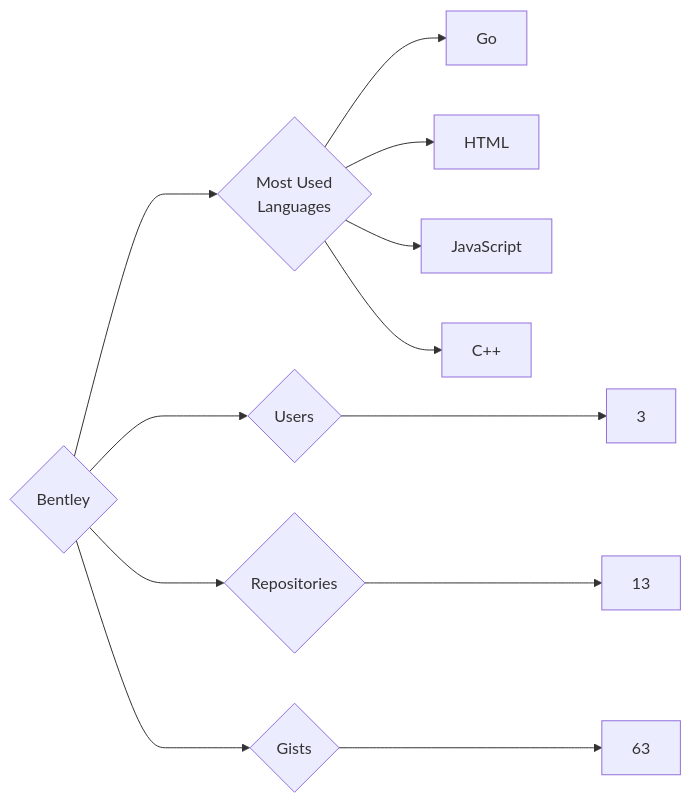
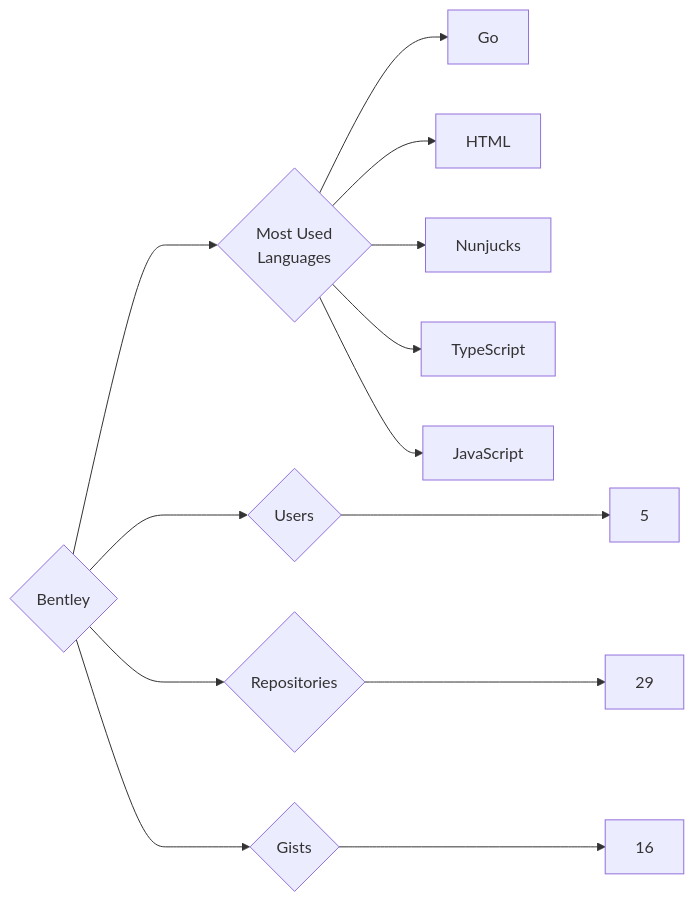
Before and after one commit to trickest/insiders: the diagram in targets/Bentley/README.md, drawn with Mermaid. The commit also changed 1020 other files, not shown here.

````diff
--- a/targets/Bentley/README.md
+++ b/targets/Bentley/README.md
@@ -3,12 +3,13 @@
 ```mermaid
 graph LR
 COMPANY_NAME{Bentley}
-COMPANY_NAME ---> U{Users} ---> UN[3]
-COMPANY_NAME ---> R{Repositories} ---> RN[13]
-COMPANY_NAME ---> G{Gists} ---> GN[63]
+COMPANY_NAME ---> U{Users} ---> UN[5]
+COMPANY_NAME ---> R{Repositories} ---> RN[29]
+COMPANY_NAME ---> G{Gists} ---> GN[16]
 COMPANY_NAME ---> ML{Most Used<br>Languages}
 ML --> Go[Go]
 ML --> HTML[HTML]
+ML --> Nunjucks[Nunjucks]
+ML --> TypeScript[TypeScript]
 ML --> JavaScript[JavaScript]
-ML --> C++[C++]
 ```
````
